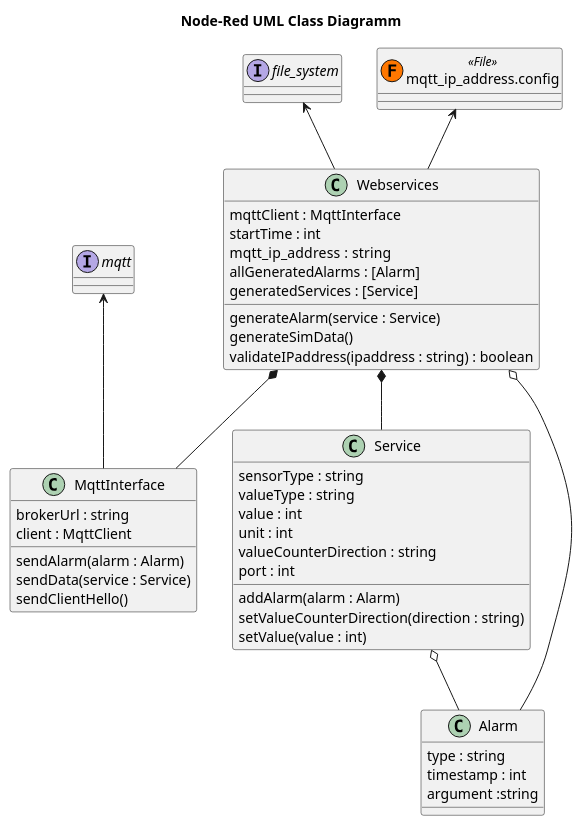
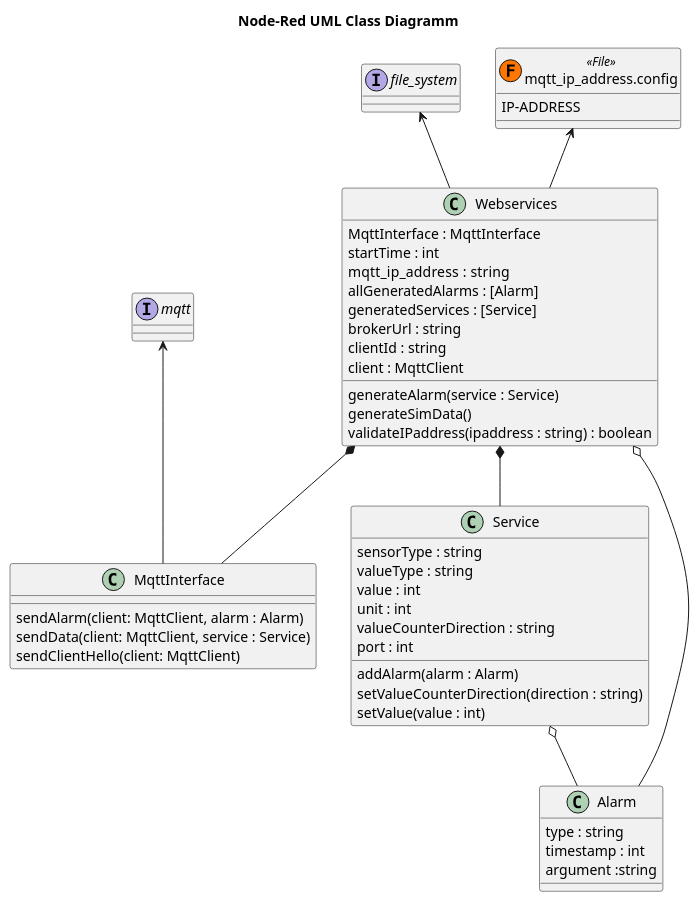
One commit to appist-dev/agteletud-node-red changed the diagram in docs/uml/node-red_class.puml. Above: the diagram before and after it, drawn with PlantUML. The commit also changed 1 other file, not shown here.

Commit message:
update mqtt class diagram

```diff
--- a/docs/uml/node-red_class.puml
+++ b/docs/uml/node-red_class.puml
@@ -1,47 +1,50 @@
 @startuml
 
 title "Node-Red UML Class Diagramm"
 
 Webservices *-- Service
 file_system <-- Webservices
 set namespaceSeparator none
 mqtt_ip_address.config <-- Webservices
 interface file_system
 Webservices o-- Alarm
 Service o-- Alarm
 Webservices *-- MqttInterface
 mqtt <-- MqttInterface
 interface mqtt
 
-Webservices : mqttClient : MqttInterface
+Webservices : MqttInterface : MqttInterface
 Webservices : startTime : int
 Webservices : mqtt_ip_address :  string
 Webservices : allGeneratedAlarms : [Alarm]
 Webservices : generatedServices : [Service]
 Webservices : generateAlarm(service : Service)
 Webservices : generateSimData()
 Webservices : validateIPaddress(ipaddress : string) : boolean
+Webservices : brokerUrl : string
+Webservices : clientId : string
+Webservices : client : MqttClient
+
 
 Service : sensorType : string
 Service : valueType : string
 Service : value : int
 Service : unit : int
 Service : valueCounterDirection : string
 Service : port : int
 Service : addAlarm(alarm : Alarm)
 Service : setValueCounterDirection(direction : string)
 Service : setValue(value : int)
 
 Alarm : type : string
 Alarm : timestamp : int
 Alarm : argument :string
 
-MqttInterface : brokerUrl : string
-MqttInterface : client : MqttClient
-MqttInterface : sendAlarm(alarm : Alarm)
-MqttInterface : sendData(service : Service)
-MqttInterface : sendClientHello()
+MqttInterface : sendAlarm(client: MqttClient, alarm : Alarm)
+MqttInterface : sendData(client: MqttClient, service : Service)
+MqttInterface : sendClientHello(client: MqttClient)
 
 class mqtt_ip_address.config << (F,#FF7700) File >>
+mqtt_ip_address.config : IP-ADDRESS
 
 @enduml
```
